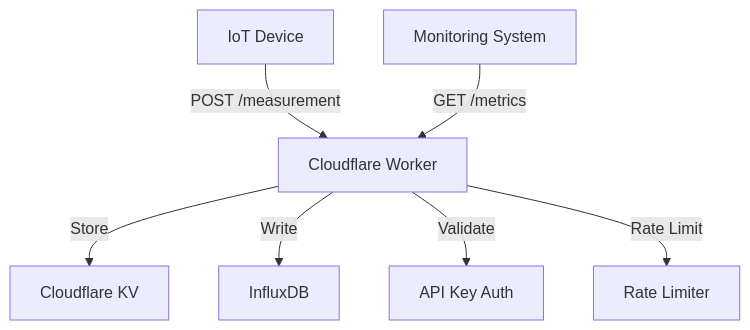
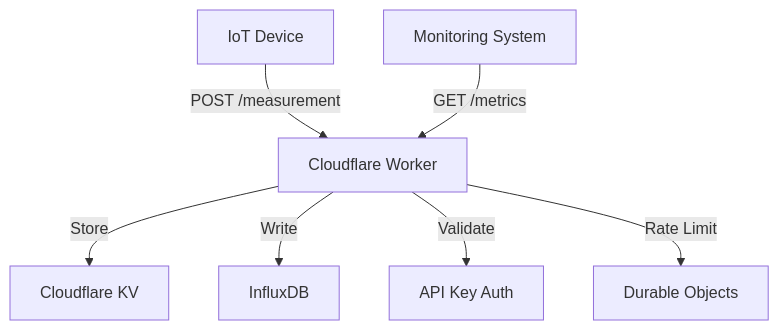
Before and after one commit to veilands/cf-learn: the first of 3 diagrams in docs/architecture.md, drawn with Mermaid. The commit also changed other lines of this file and 21 other files, not shown here.

First line of the commit message:
refactor: migrate to Durable Objects for rate limiting and implement generic KV caching

````diff
--- a/docs/architecture.md
+++ b/docs/architecture.md
@@ -5,9 +5,9 @@
 ```mermaid
 graph TD
     Device[IoT Device] -->|POST /measurement| Worker[Cloudflare Worker]
     Monitor[Monitoring System] -->|GET /metrics| Worker
     Worker -->|Store| KV[Cloudflare KV]
     Worker -->|Write| InfluxDB[InfluxDB]
     Worker -->|Validate| Auth[API Key Auth]
-    Worker -->|Rate Limit| RateLimit[Rate Limiter]
+    Worker -->|Rate Limit| RateLimit[Durable Objects]
 ```
````
